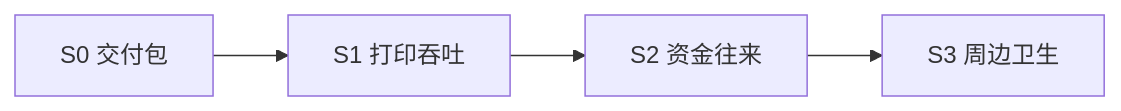
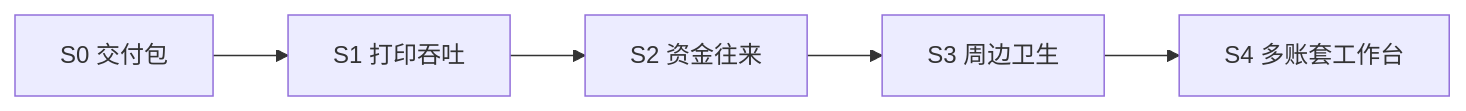
One commit to flydmonkey/financial-cloud changed the diagram in docs/product/21-roadmap.md. Above: the diagram before and after it, drawn with Mermaid. The commit also changed other lines of this file and 28 other files, not shown here.

````diff
--- a/docs/product/21-roadmap.md
+++ b/docs/product/21-roadmap.md
@@ -20,6 +21,7 @@
 ```mermaid
 flowchart LR
   S0["S0 交付包"] --> S1["S1 打印吞吐"]
   S1 --> S2["S2 资金往来"]
   S2 --> S3["S3 周边卫生"]
+  S3 --> S4["S4 多账套工作台"]
 ```
````
